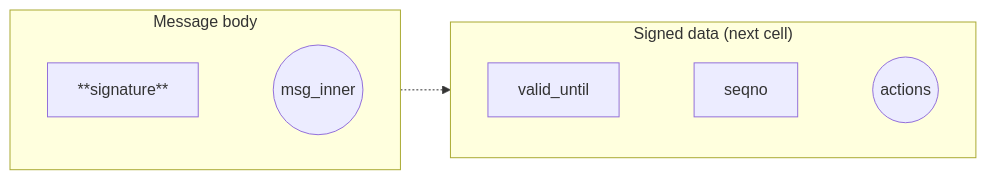
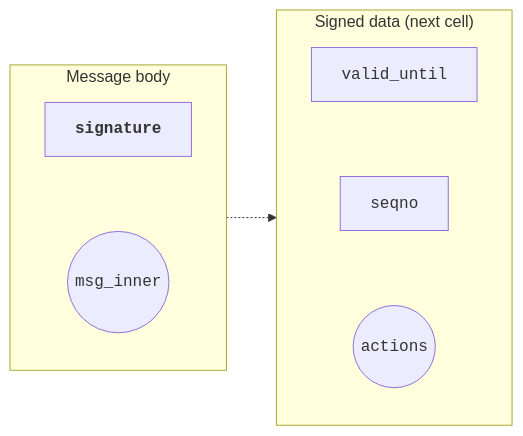
The second of 2 diagrams in content/contract-dev/techniques/signing.mdx (ton-blockchain/docs), drawn with Mermaid before and after one commit. The commit also changed other lines of this file and 1 other file, not shown here.

````diff
--- a/content/contract-dev/techniques/signing.mdx
+++ b/content/contract-dev/techniques/signing.mdx
@@ -208,21 +206,26 @@
 ```mermaid
 graph LR
     subgraph Root["Message body"]
-        direction LR
-        A[**signature**]
+        direction TD
+        A[<b>signature</b>]
         B((msg_inner))
     end
 
     subgraph Ref["Signed data (next cell)"]
-        direction LR
+        direction TD
         C[valid_until]
         D[seqno]
         E((actions))
     end
 
     A ~~~ B
-    B -.-> Ref
+    Root -.-> Ref
     C ~~~ D
     D ~~~ E
 
+    style A font-family:monospace
+    style B font-family:monospace
+    style C font-family:monospace
+    style D font-family:monospace
+    style E font-family:monospace
 ```
````
